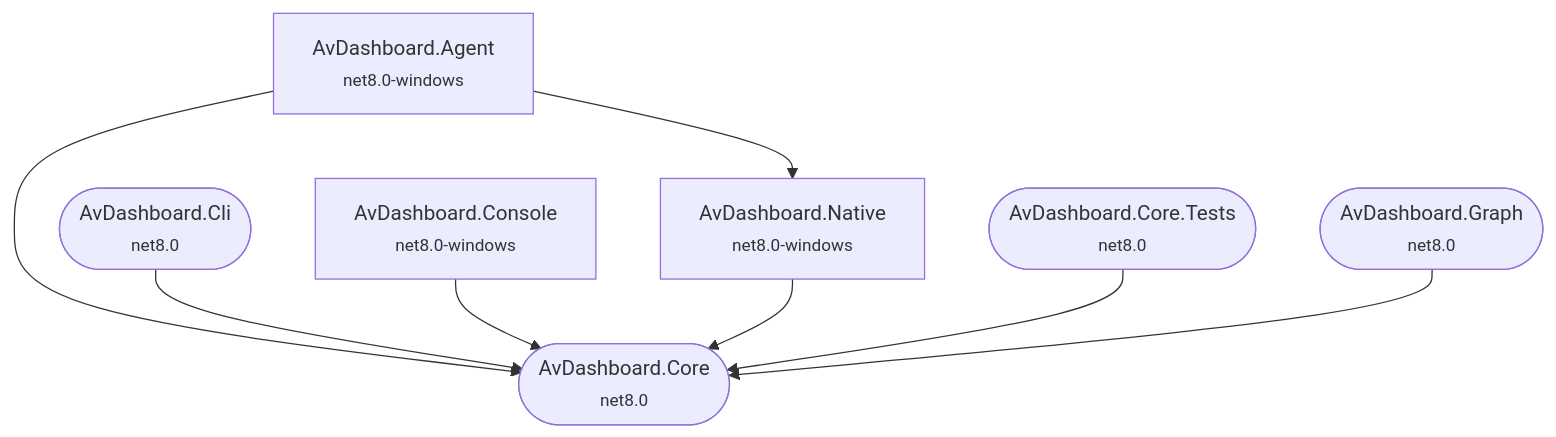
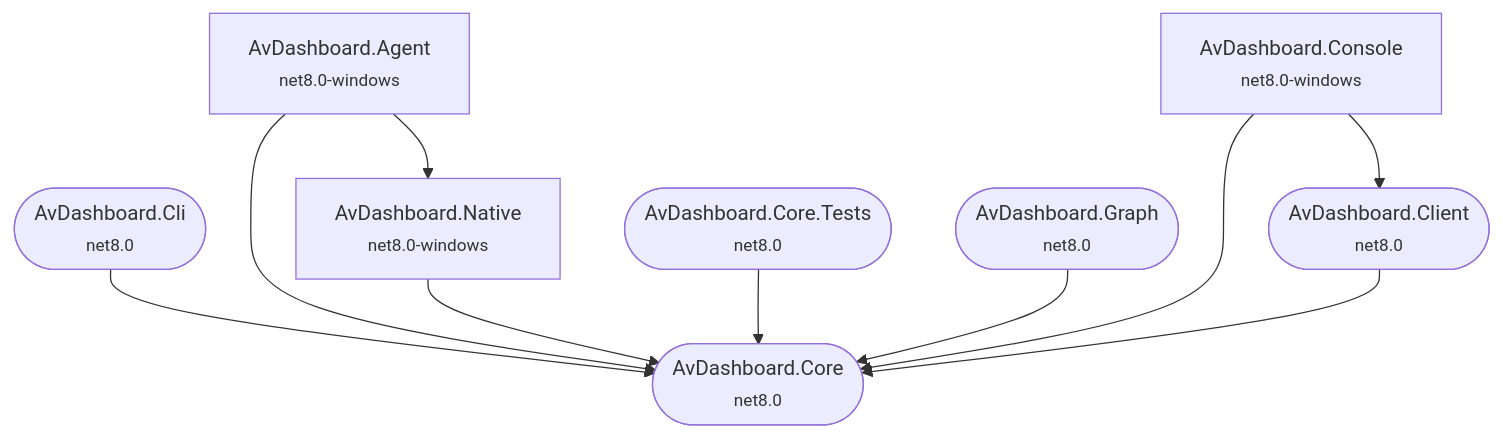
One commit to zivko17/AV-Dashboard changed the first of 2 diagrams in docs/grafo.md. Above: the diagram before and after it, drawn with Mermaid. The commit also changed 20 other files, not shown here.

````diff
--- a/docs/grafo.md
+++ b/docs/grafo.md
@@ -10,18 +10,21 @@
 ```mermaid
 graph TD
     AvDashboard_Agent["AvDashboard.Agent<br/><small>net8.0-windows</small>"]
     AvDashboard_Cli(["AvDashboard.Cli<br/><small>net8.0</small>"])
+    AvDashboard_Client(["AvDashboard.Client<br/><small>net8.0</small>"])
     AvDashboard_Console["AvDashboard.Console<br/><small>net8.0-windows</small>"]
     AvDashboard_Core(["AvDashboard.Core<br/><small>net8.0</small>"])
     AvDashboard_Native["AvDashboard.Native<br/><small>net8.0-windows</small>"]
     AvDashboard_Core_Tests(["AvDashboard.Core.Tests<br/><small>net8.0</small>"])
     AvDashboard_Graph(["AvDashboard.Graph<br/><small>net8.0</small>"])
 
     AvDashboard_Agent --> AvDashboard_Core
     AvDashboard_Agent --> AvDashboard_Native
     AvDashboard_Cli --> AvDashboard_Core
+    AvDashboard_Client --> AvDashboard_Core
     AvDashboard_Console --> AvDashboard_Core
+    AvDashboard_Console --> AvDashboard_Client
     AvDashboard_Native --> AvDashboard_Core
     AvDashboard_Core_Tests --> AvDashboard_Core
     AvDashboard_Graph --> AvDashboard_Core
 ```
````
